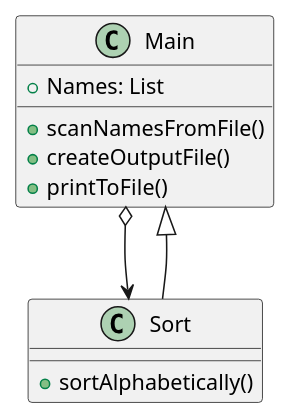
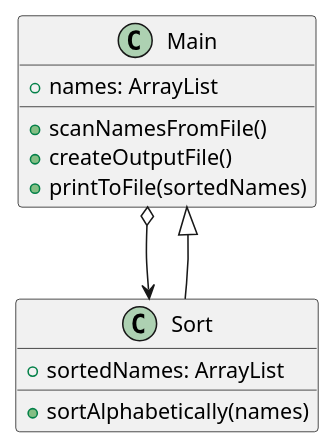
The diagram in src/main/java/oop/assignment3/ex41/base/NameSorter.puml (GabrielFernandez14/fernandez-cop3330-assignment3), drawn with PlantUML before and after one commit. The commit also changed 4 other files, not shown here.

```diff
--- a/src/main/java/oop/assignment3/ex41/base/NameSorter.puml
+++ b/src/main/java/oop/assignment3/ex41/base/NameSorter.puml
@@ -1,19 +1,21 @@
 @startuml
 'https://plantuml.com/sequence-diagram
 
 class Main {
-    + Names: List
+    + names: ArrayList
 
     + scanNamesFromFile()
     + createOutputFile()
-    + printToFile()
+    + printToFile(sortedNames)
 }
 
 class Sort {
-    + sortAlphabetically()
+    + sortedNames: ArrayList
+    
+    + sortAlphabetically(names)
 }
 
 Main o--> Sort
 Main <|-- Sort
 
 @enduml
```
